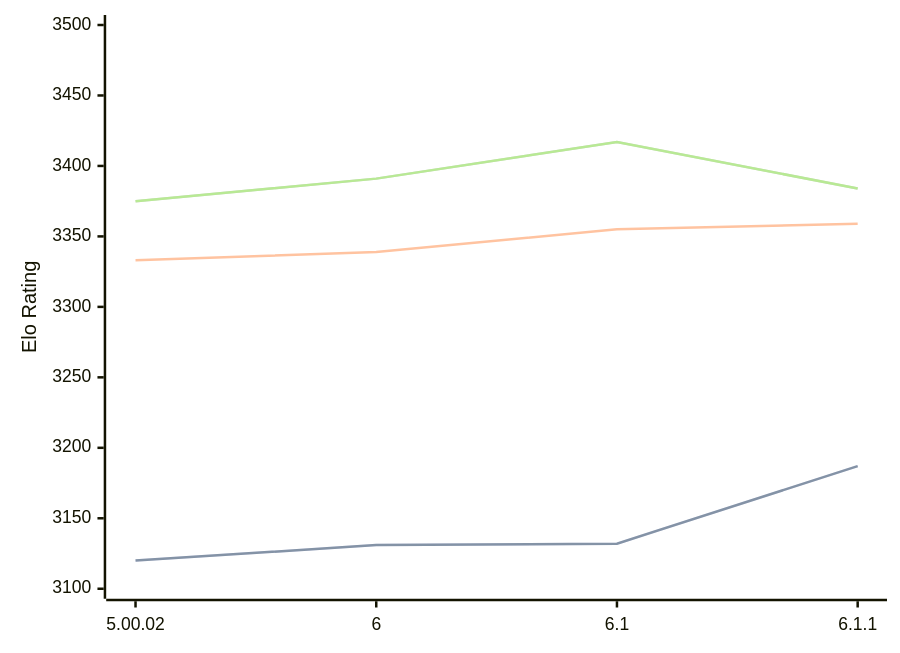
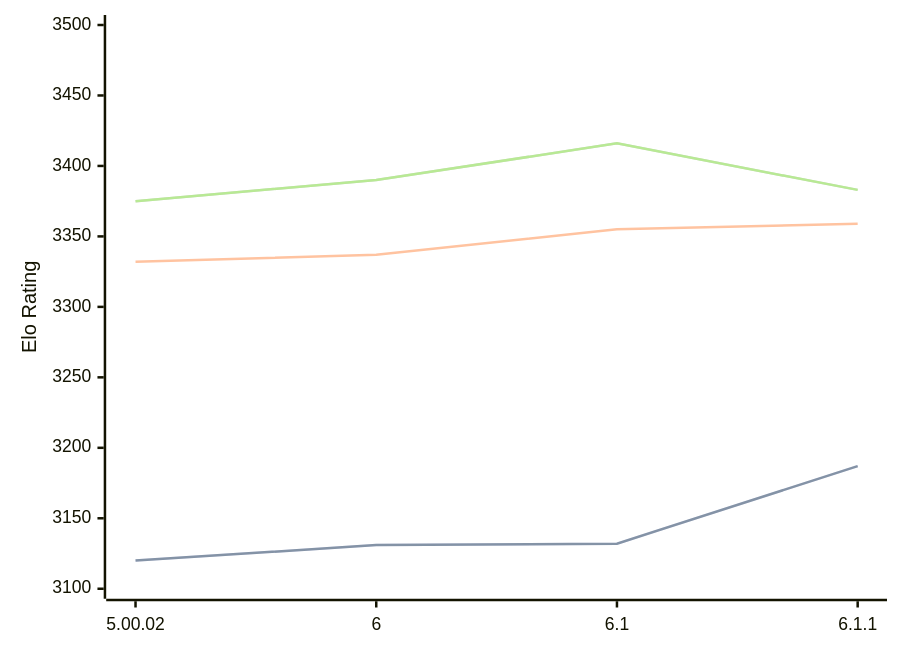
Before and after one commit to computer-chess-index/cci: the first of 3 diagrams in engines/Zangdar.md, drawn with Mermaid. The commit also changed other lines of this file, not shown here.

Commit message:
Update CCI Ratings (ELO VLTC) - 2026-06-19

````diff
--- a/engines/Zangdar.md
+++ b/engines/Zangdar.md
@@ -46,11 +46,11 @@
 ```mermaid
 %%{init: {"theme":"base","themeVariables":{"seriesColors:['#a3a3a3','#222221','#faa371']}}}%%
 xychart-beta
   x-axis ["5.00.02", "6", "6.1", "6.1.1"]
   y-axis "Elo Rating" 3100 --> 3500
   line "STC (8.0+0.08s)" [3120, 3131, 3132, 3187]
   line "STC (8.0+0.08s)" [3120, 3131, 3132, 3187]
-  line "LTC (60.0+0.60s)" [3333, 3339, 3355, 3359]
-  line "VLTC (2m24s+1.12s)" [3375, 3391, 3417, 3384]
-  line "VLTC (2m24s+1.12s)" [3375, 3391, 3417, 3384]
+  line "LTC (60.0+0.60s)" [3332, 3337, 3355, 3359]
+  line "VLTC (2m24s+1.12s)" [3375, 3390, 3416, 3383]
+  line "VLTC (2m24s+1.12s)" [3375, 3390, 3416, 3383]
 ```
````
